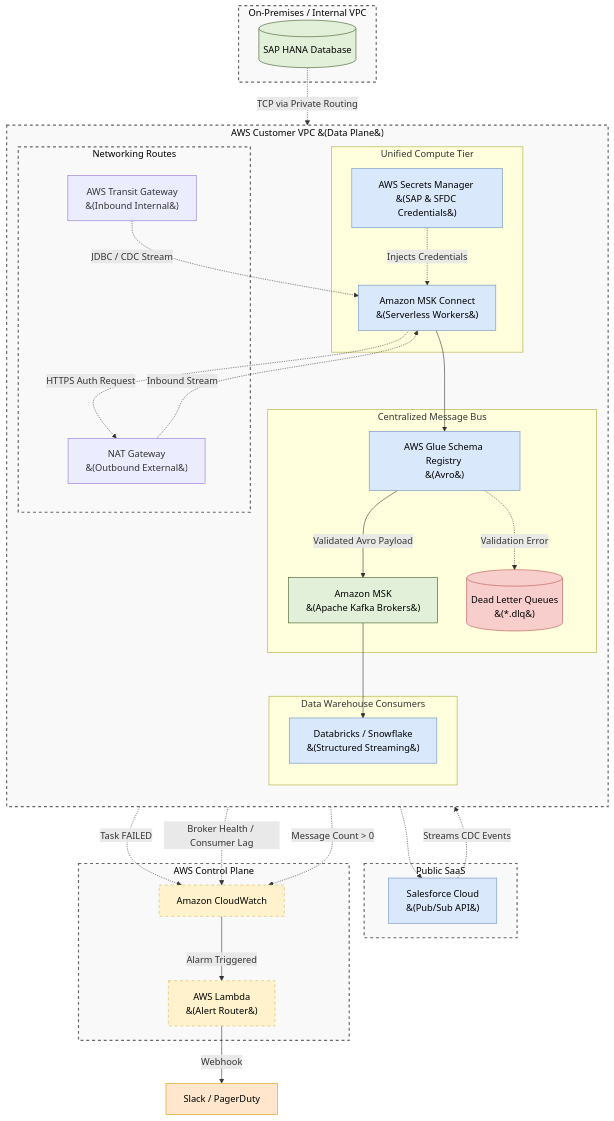
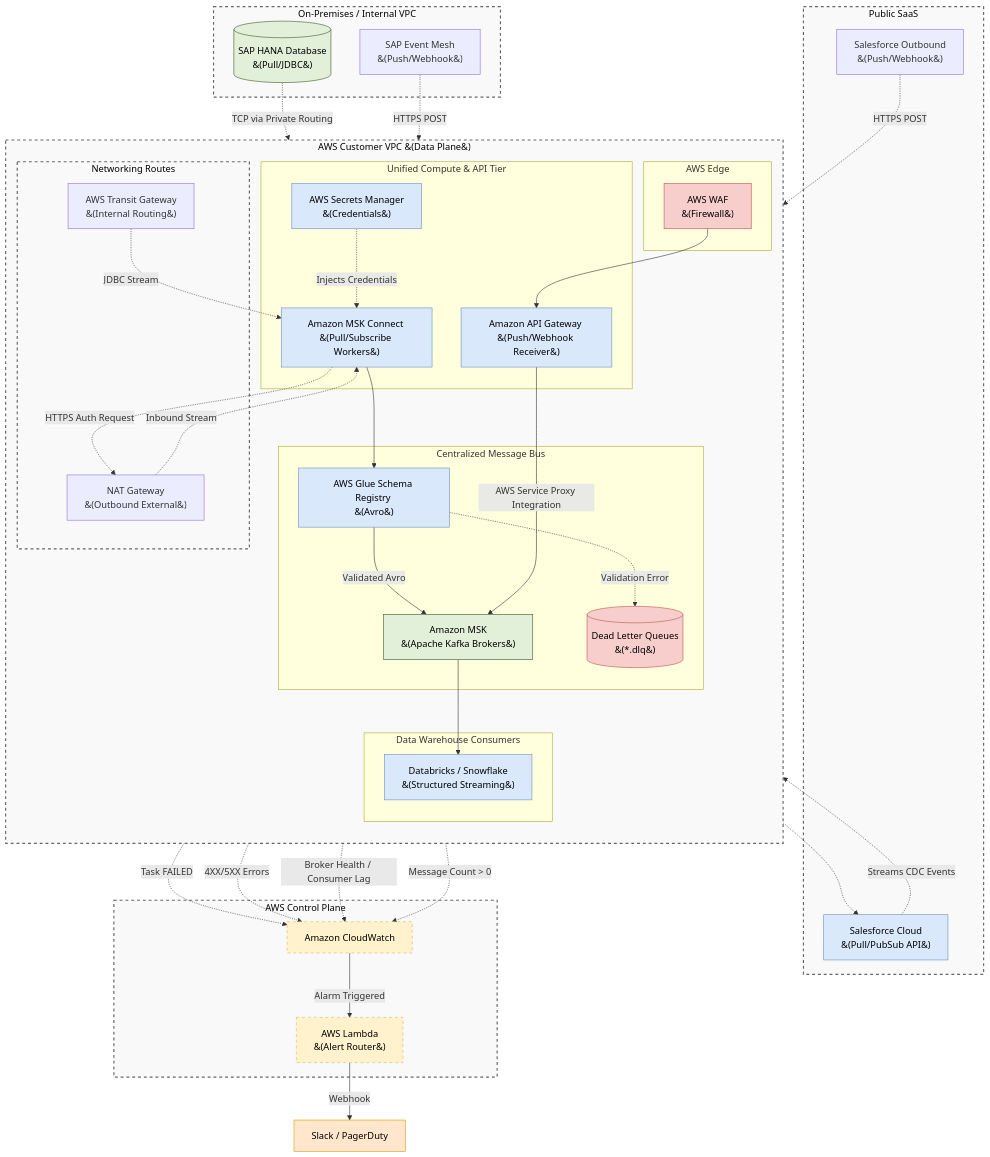
The diagram in aws/unified_source_to_msk_architecture.md (toanbui626391/data_architect), drawn with Mermaid before and after one commit. The commit also changed other lines of this file, not shown here.

```diff
--- a/aws/unified_source_to_msk_architecture.md
+++ b/aws/unified_source_to_msk_architecture.md
@@ -16,25 +16,32 @@
 flowchart TD
     %% Sources
     subgraph InternalEnv [On-Premises / Internal VPC]
-        SAPHana[("SAP HANA Database")]
+        SAPHana[("SAP HANA Database <br>&#40;Pull/JDBC&#41;")]
+        SAPEventMesh["SAP Event Mesh <br>&#40;Push/Webhook&#41;"]
     end
 
     subgraph SaaSEnv [Public SaaS]
-        Salesforce["Salesforce Cloud <br>&#40;Pub/Sub API&#41;"]
+        Salesforce["Salesforce Cloud <br>&#40;Pull/PubSub API&#41;"]
+        SFDCOutbound["Salesforce Outbound <br>&#40;Push/Webhook&#41;"]
     end
 
     %% Customer VPC
     subgraph CustomerVPC [AWS Customer VPC &#40;Data Plane&#41;]
         direction TB
         
+        subgraph EdgeTier [AWS Edge]
+            WAF["AWS WAF <br>&#40;Firewall&#41;"]
+        end
+        
         subgraph Networking [Networking Routes]
-            TGW["AWS Transit Gateway <br>&#40;Inbound Internal&#41;"]
+            TGW["AWS Transit Gateway <br>&#40;Internal Routing&#41;"]
             NATGW["NAT Gateway <br>&#40;Outbound External&#41;"]
         end
 
-        subgraph IngestionTier [Unified Compute Tier]
-            MSKConnect["Amazon MSK Connect <br>&#40;Serverless Workers&#41;"]
-            Secrets["AWS Secrets Manager <br>&#40;SAP & SFDC Credentials&#41;"]
+        subgraph IngestionTier [Unified Compute & API Tier]
+            MSKConnect["Amazon MSK Connect <br>&#40;Pull/Subscribe Workers&#41;"]
+            APIGateway["Amazon API Gateway <br>&#40;Push/Webhook Receiver&#41;"]
+            Secrets["AWS Secrets Manager <br>&#40;Credentials&#41;"]
         end
 
         subgraph MessageBus [Centralized Message Bus]
@@ -57,11 +64,10 @@
     %% Notification Target
     Notification["Slack / PagerDuty"]
 
-    %% Data Flow (SAP)
+    %% Data Flow (Pull Approach via MSK Connect)
     SAPHana -.->|TCP via Private Routing| TGW
-    TGW -.->|JDBC / CDC Stream| MSKConnect
+    TGW -.->|JDBC Stream| MSKConnect
     
-    %% Data Flow (Salesforce)
     MSKConnect -.->|HTTPS Auth Request| NATGW
     NATGW -.-> Salesforce
     Salesforce -.->|Streams CDC Events| NATGW
@@ -69,14 +75,23 @@
 
     Secrets -.->|Injects Credentials| MSKConnect
     
+    %% Data Flow (Push Approach via API Gateway)
+    SAPEventMesh -.->|HTTPS POST| WAF
+    SFDCOutbound -.->|HTTPS POST| WAF
+    WAF --> APIGateway
+    
+    %% Aggregation into Message Bus
     MSKConnect --> GlueRegistry
-    GlueRegistry -->|Validated Avro Payload| MSK
+    GlueRegistry -->|Validated Avro| MSK
     GlueRegistry -.->|Validation Error| DLQ
     
+    APIGateway -->|AWS Service Proxy Integration| MSK
+
     MSK --> Databricks
 
     %% Monitoring Flow
     MSKConnect -.->|Task FAILED| CloudWatch
+    APIGateway -.->|4XX/5XX Errors| CloudWatch
     MSK -.->|Broker Health / Consumer Lag| CloudWatch
     DLQ -.->|Message Count > 0| CloudWatch
     
@@ -89,10 +104,12 @@
     classDef bad fill:#f8cecc,stroke:#b85450,stroke-width:1px,color:#000;
     classDef monitor fill:#fff2cc,stroke:#d6b656,stroke-width:1px,color:#000,stroke-dasharray: 5 5;
     classDef network fill:#f9f9f9,stroke:#666,stroke-width:2px,color:#000,stroke-dasharray: 5 5;
+    classDef edge fill:#f8cecc,stroke:#b85450,stroke-width:1px,color:#000;
     classDef alert fill:#ffe6cc,stroke:#d79b00,stroke-width:1px,color:#000;
     
     class SAPHana,MSK,DLQ storage;
-    class Salesforce,MSKConnect,GlueRegistry,Databricks,Secrets process;
+    class Salesforce,MSKConnect,APIGateway,GlueRegistry,Databricks,Secrets process;
+    class WAF edge;
     class DLQ bad;
     class CloudWatch,Lambda monitor;
     class CustomerVPC,InternalEnv,SaaSEnv,Networking,ControlPlane network;
```
